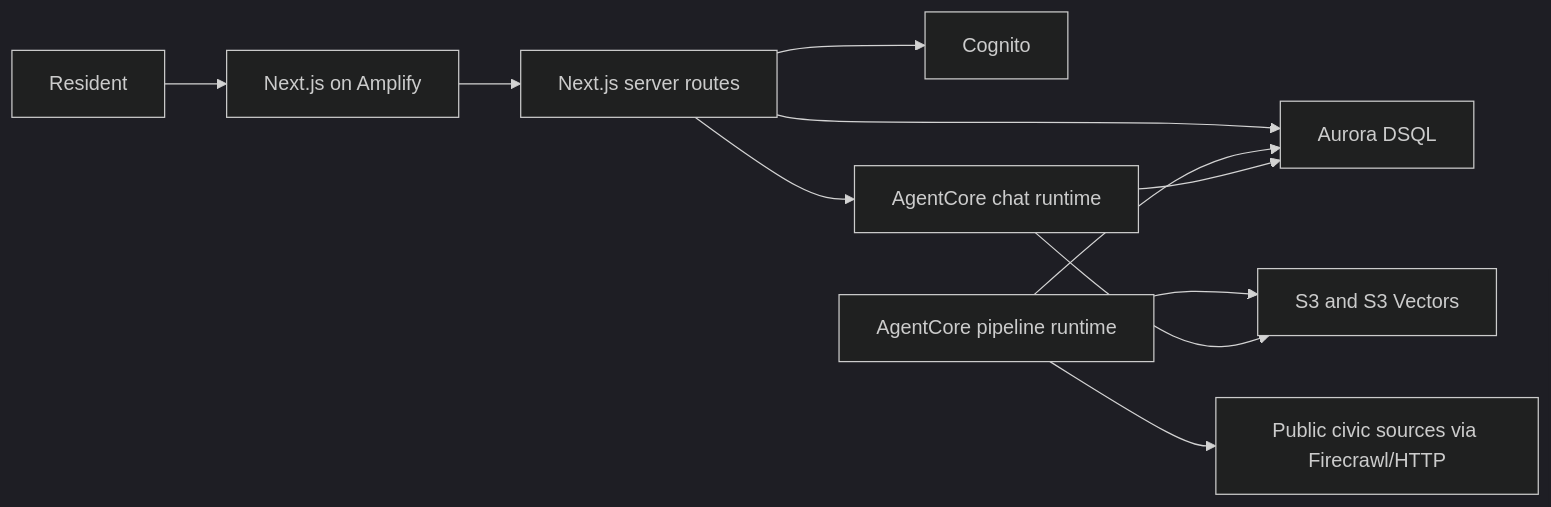
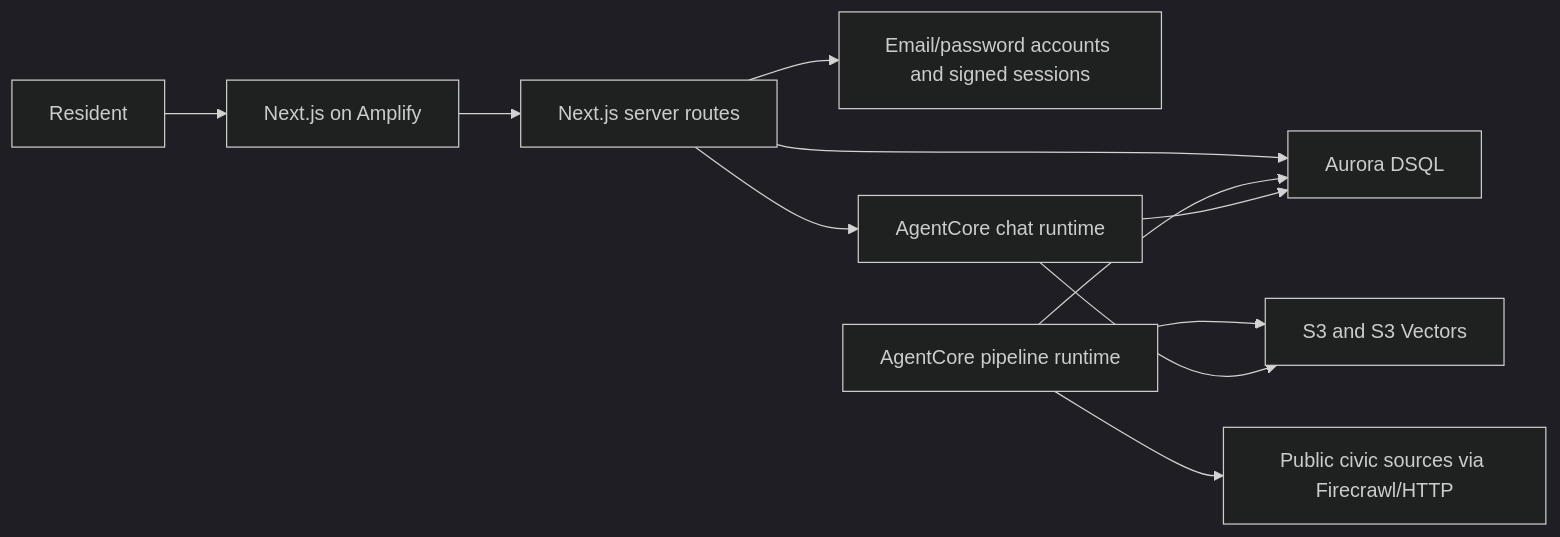
One commit to k1lst1x/DOCKET changed the diagram in docs/architecture.md. Above: the diagram before and after it, drawn with Mermaid (dark theme). The commit also changed other lines of this file and 14 other files, not shown here.

````diff
--- a/docs/architecture.md
+++ b/docs/architecture.md
@@ -7,13 +7,13 @@
 ```mermaid
 flowchart LR
   Resident --> UI[Next.js on Amplify]
   UI --> WebAPI[Next.js server routes]
-  WebAPI --> Cognito[Cognito]
+  WebAPI --> Auth[Email/password accounts and signed sessions]
   WebAPI --> DSQL[Aurora DSQL]
   WebAPI --> Chat[AgentCore chat runtime]
   Pipeline[AgentCore pipeline runtime] --> DSQL
   Pipeline --> S3[S3 and S3 Vectors]
   Pipeline --> Sources[Public civic sources via Firecrawl/HTTP]
   Chat --> DSQL
   Chat --> S3
 ```
````
